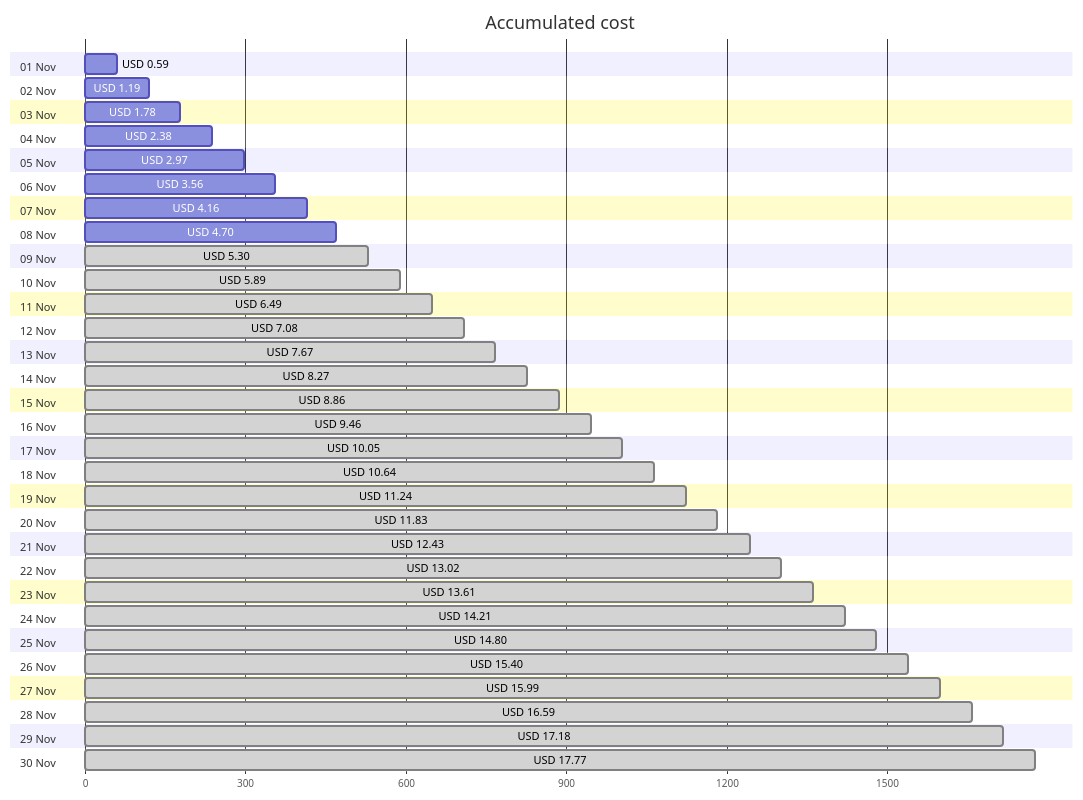
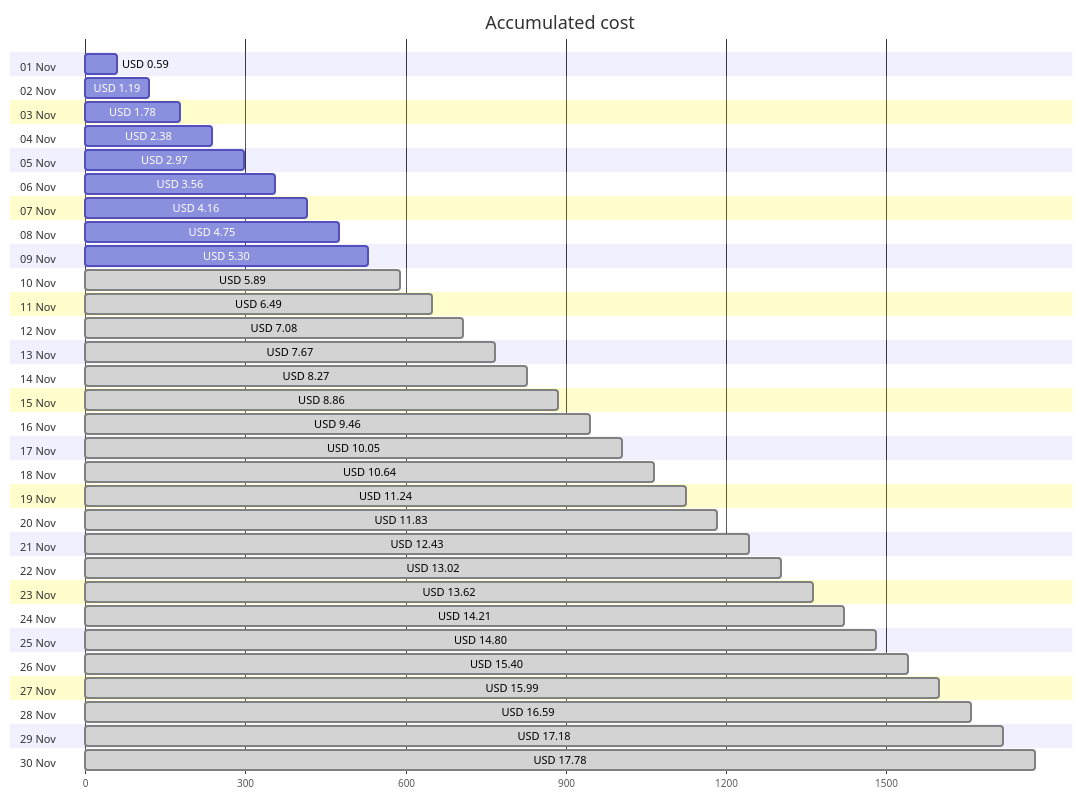
One commit to jpfulton/azure-personal-reports changed the first of 4 diagrams in cost-reports/personal-site/README.md. Above: the diagram before and after it, drawn with Mermaid. The commit also changed other lines of this file and 6 other files, not shown here.

````diff
--- a/cost-reports/personal-site/README.md
+++ b/cost-reports/personal-site/README.md
@@ -20,66 +20,66 @@
 ```mermaid
 gantt
    title Accumulated cost
    dateFormat  X
    axisFormat %s
    section 01 Nov
    USD 0.59 :0, 59
    section 02 Nov
    USD 1.19 :0, 119
    section 03 Nov
    USD 1.78 :0, 178
    section 04 Nov
    USD 2.38 :0, 238
    section 05 Nov
    USD 2.97 :0, 297
    section 06 Nov
    USD 3.56 :0, 356
    section 07 Nov
    USD 4.16 :0, 416
    section 08 Nov
-   USD 4.70 :0, 470
+   USD 4.75 :0, 475
    section 09 Nov
-   USD 5.30 : done, 0, 530
+   USD 5.30 :0, 530
    section 10 Nov
    USD 5.89 : done, 0, 589
    section 11 Nov
    USD 6.49 : done, 0, 649
    section 12 Nov
    USD 7.08 : done, 0, 708
    section 13 Nov
    USD 7.67 : done, 0, 767
    section 14 Nov
    USD 8.27 : done, 0, 827
    section 15 Nov
    USD 8.86 : done, 0, 886
    section 16 Nov
    USD 9.46 : done, 0, 946
    section 17 Nov
    USD 10.05 : done, 0, 1005
    section 18 Nov
    USD 10.64 : done, 0, 1064
    section 19 Nov
    USD 11.24 : done, 0, 1124
    section 20 Nov
    USD 11.83 : done, 0, 1183
    section 21 Nov
    USD 12.43 : done, 0, 1243
    section 22 Nov
    USD 13.02 : done, 0, 1302
    section 23 Nov
-   USD 13.61 : done, 0, 1361
+   USD 13.62 : done, 0, 1362
    section 24 Nov
    USD 14.21 : done, 0, 1421
    section 25 Nov
    USD 14.80 : done, 0, 1480
    section 26 Nov
    USD 15.40 : done, 0, 1540
    section 27 Nov
    USD 15.99 : done, 0, 1599
    section 28 Nov
    USD 16.59 : done, 0, 1659
    section 29 Nov
    USD 17.18 : done, 0, 1718
    section 30 Nov
-   USD 17.77 : done, 0, 1777
+   USD 17.78 : done, 0, 1778
 ```
````
